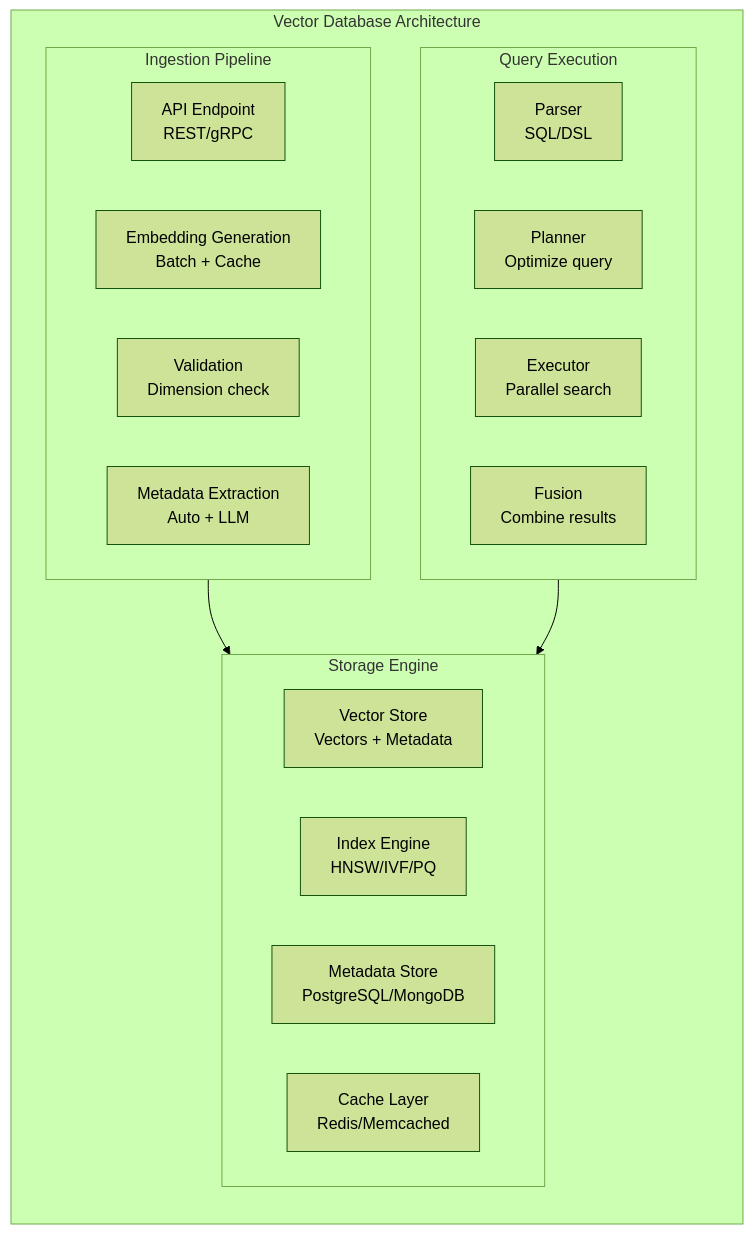
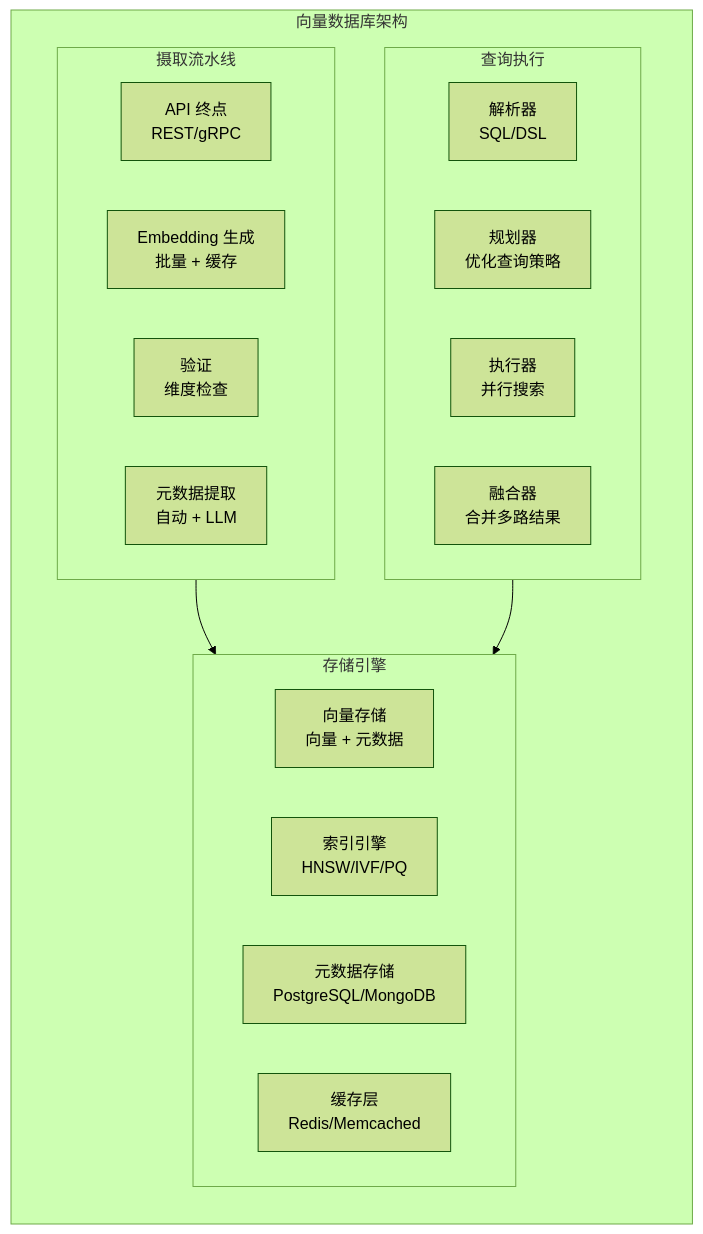
Diagram 13 of 14 in i18n/zh-Hans/docusaurus-plugin-content-docs/current/ai/rag/03-index.mdx (YiWang24/AiDIY), drawn with Mermaid (forest theme) before and after one commit. The commit also changed other lines of this file and 59 other files, not shown here.

````diff
--- a/i18n/zh-Hans/docusaurus-plugin-content-docs/current/ai/rag/03-index.mdx
+++ b/i18n/zh-Hans/docusaurus-plugin-content-docs/current/ai/rag/03-index.mdx
@@ -930,30 +865,30 @@
 ```mermaid
 flowchart TB
-    subgraph VectorDB["Vector Database Architecture"]
+    subgraph VectorDB["向量数据库架构"]
         direction TB
 
-        subgraph Ingestion["Ingestion Pipeline"]
-            I1["API Endpoint<br/>REST/gRPC"]
-            I2["Embedding Generation<br/>Batch + Cache"]
-            I3["Validation<br/>Dimension check"]
-            I4["Metadata Extraction<br/>Auto + LLM"]
+        subgraph Ingestion["摄取流水线"]
+            I1["API 终点<br/>REST/gRPC"]
+            I2["Embedding 生成<br/>批量 + 缓存"]
+            I3["验证<br/>维度检查"]
+            I4["元数据提取<br/>自动 + LLM"]
         end
 
-        subgraph Storage["Storage Engine"]
-            S1["Vector Store<br/>Vectors + Metadata"]
-            S2["Index Engine<br/>HNSW/IVF/PQ"]
-            S3["Metadata Store<br/>PostgreSQL/MongoDB"]
-            S4["Cache Layer<br/>Redis/Memcached"]
+        subgraph Storage["存储引擎"]
+            S1["向量存储<br/>向量 + 元数据"]
+            S2["索引引擎<br/>HNSW/IVF/PQ"]
+            S3["元数据存储<br/>PostgreSQL/MongoDB"]
+            S4["缓存层<br/>Redis/Memcached"]
         end
 
-        subgraph Query["Query Execution"]
-            Q1["Parser<br/>SQL/DSL"]
-            Q2["Planner<br/>Optimize query"]
-            Q3["Executor<br/>Parallel search"]
-            Q4["Fusion<br/>Combine results"]
+        subgraph Query["查询执行"]
+            Q1["解析器<br/>SQL/DSL"]
+            Q2["规划器<br/>优化查询策略"]
+            Q3["执行器<br/>并行搜索"]
+            Q4["融合器<br/>合并多路结果"]
         end
 
         Ingestion --> Storage
         Query --> Storage
     end
 ```
````
